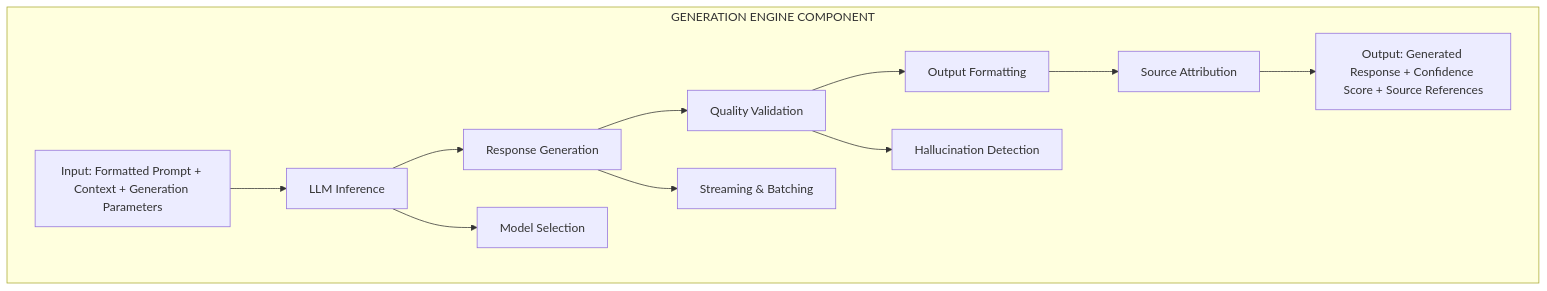
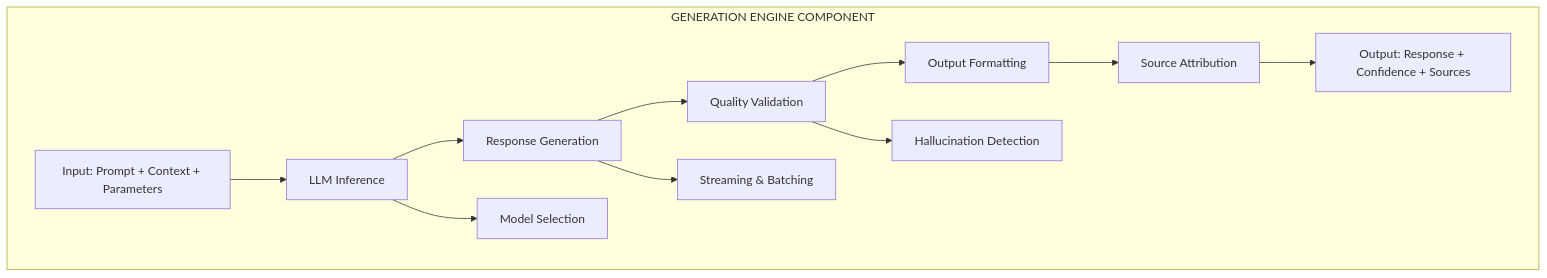
The sixth of 21 diagrams in rag_solution_architecture_document (1).md (satinath-nit/llm-rag-cookbook), drawn with Mermaid before and after one commit. The commit also changed other lines of this file, not shown here.

````diff
--- a/rag_solution_architecture_document (1).md
+++ b/rag_solution_architecture_document (1).md
@@ -304,30 +304,30 @@
 ```mermaid
 graph TB
     subgraph "GENERATION ENGINE COMPONENT"
-        Input[Input: Formatted Prompt + Context + Generation Parameters]
+        Input[Input: Prompt + Context + Parameters]
         
         LLMInference[LLM Inference]
         ResponseGen[Response Generation]
         QualityVal[Quality Validation]
         OutputFormat[Output Formatting]
         
         ModelSelection[Model Selection]
         StreamingBatch[Streaming & Batching]
         HallucinationDet[Hallucination Detection]
         SourceAttrib[Source Attribution]
         
-        Output[Output: Generated Response + Confidence Score + Source References]
+        Output[Output: Response + Confidence + Sources]
         
         Input --> LLMInference
         LLMInference --> ResponseGen
         ResponseGen --> QualityVal
         QualityVal --> OutputFormat
         
         LLMInference --> ModelSelection
         ResponseGen --> StreamingBatch
         QualityVal --> HallucinationDet
         OutputFormat --> SourceAttrib
         
         SourceAttrib --> Output
     end
 ```
````
